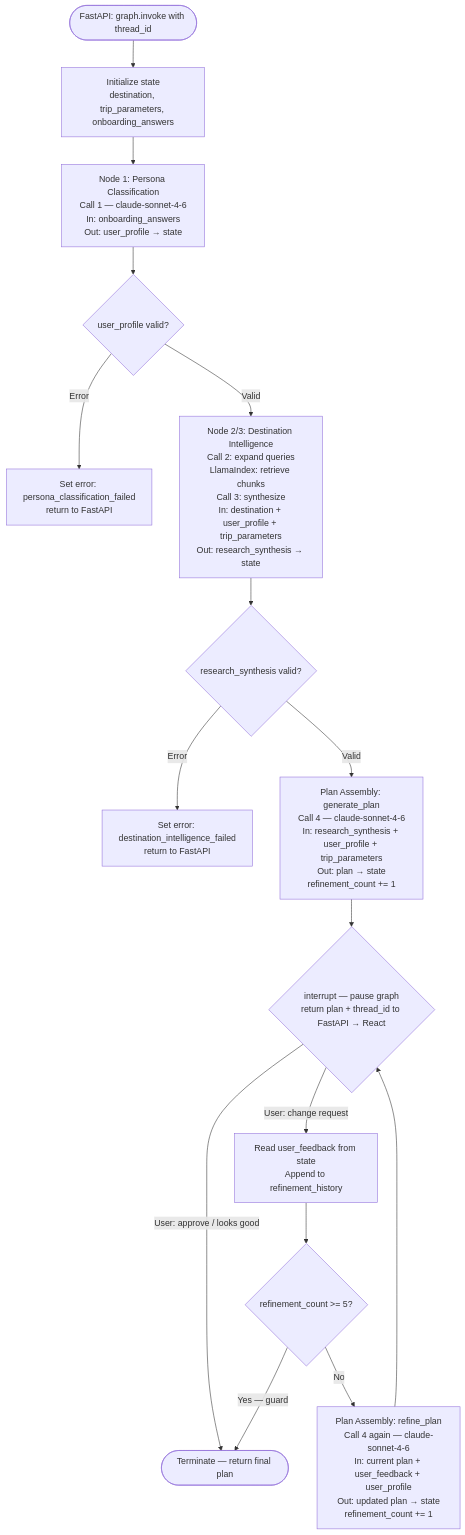
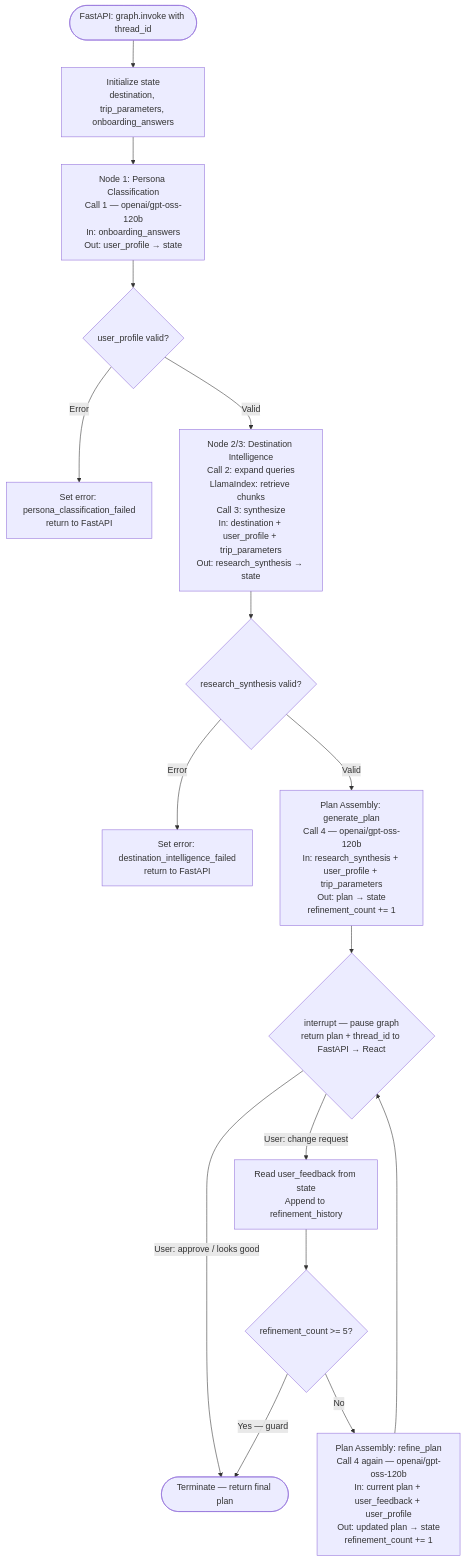
The first of 2 diagrams in specs/architecture_spec.md (anirbanpx/tripsathi), drawn with Mermaid before and after one commit. The commit also changed other lines of this file and 6 other files, not shown here.

````diff
--- a/specs/architecture_spec.md
+++ b/specs/architecture_spec.md
@@ -355,25 +355,25 @@
 ```mermaid
 flowchart TD
     Start([FastAPI: graph.invoke with thread_id]) --> Init[Initialize state\ndestination, trip_parameters, onboarding_answers]
 
-    Init --> Node1[Node 1: Persona Classification\nCall 1 — claude-sonnet-4-6\nIn: onboarding_answers\nOut: user_profile → state]
+    Init --> Node1[Node 1: Persona Classification\nCall 1 — openai/gpt-oss-120b\nIn: onboarding_answers\nOut: user_profile → state]
 
     Node1 --> Check1{user_profile valid?}
     Check1 -->|Error| Err1[Set error: persona_classification_failed\nreturn to FastAPI]
     Check1 -->|Valid| Node23[Node 2/3: Destination Intelligence\nCall 2: expand queries\nLlamaIndex: retrieve chunks\nCall 3: synthesize\nIn: destination + user_profile + trip_parameters\nOut: research_synthesis → state]
 
     Node23 --> Check2{research_synthesis valid?}
     Check2 -->|Error| Err2[Set error: destination_intelligence_failed\nreturn to FastAPI]
-    Check2 -->|Valid| GenPlan[Plan Assembly: generate_plan\nCall 4 — claude-sonnet-4-6\nIn: research_synthesis + user_profile + trip_parameters\nOut: plan → state\nrefinement_count += 1]
+    Check2 -->|Valid| GenPlan[Plan Assembly: generate_plan\nCall 4 — openai/gpt-oss-120b\nIn: research_synthesis + user_profile + trip_parameters\nOut: plan → state\nrefinement_count += 1]
 
     GenPlan --> Interrupt{interrupt — pause graph\nreturn plan + thread_id to FastAPI → React}
 
     Interrupt -->|User: approve / looks good| Done([Terminate — return final plan])
     Interrupt -->|User: change request| ReadFeedback[Read user_feedback from state\nAppend to refinement_history]
 
     ReadFeedback --> MaxCheck{refinement_count >= 5?}
     MaxCheck -->|Yes — guard| Done
-    MaxCheck -->|No| Refine[Plan Assembly: refine_plan\nCall 4 again — claude-sonnet-4-6\nIn: current plan + user_feedback + user_profile\nOut: updated plan → state\nrefinement_count += 1]
+    MaxCheck -->|No| Refine[Plan Assembly: refine_plan\nCall 4 again — openai/gpt-oss-120b\nIn: current plan + user_feedback + user_profile\nOut: updated plan → state\nrefinement_count += 1]
 
     Refine --> Interrupt
 ```
````
